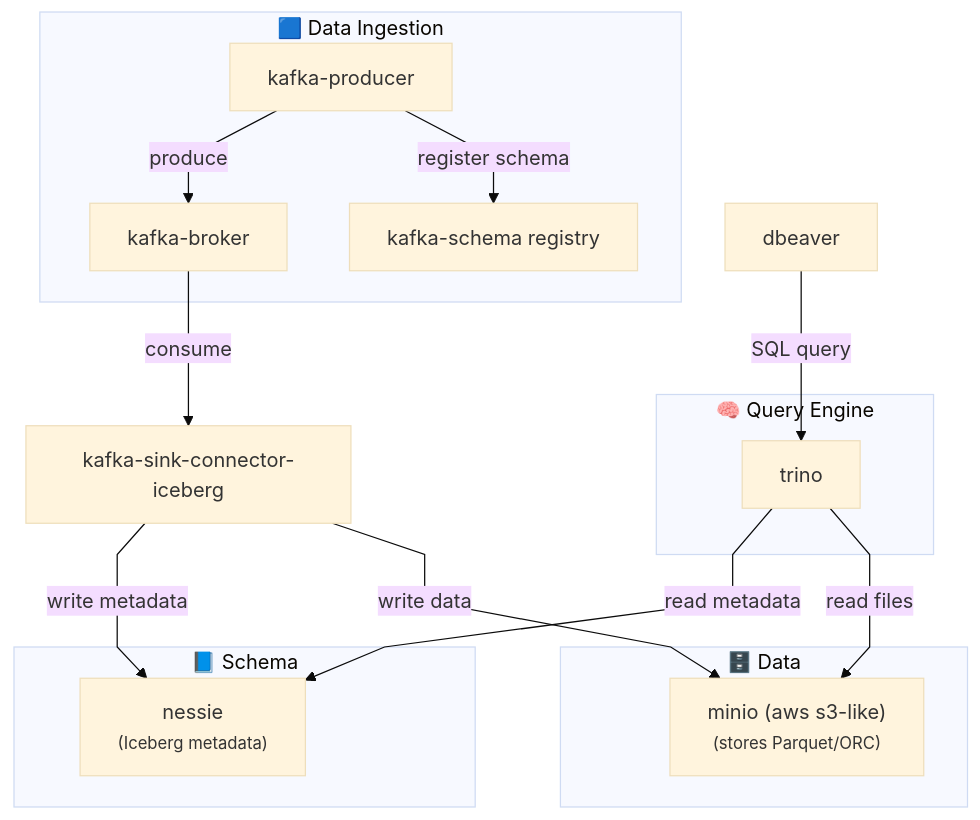
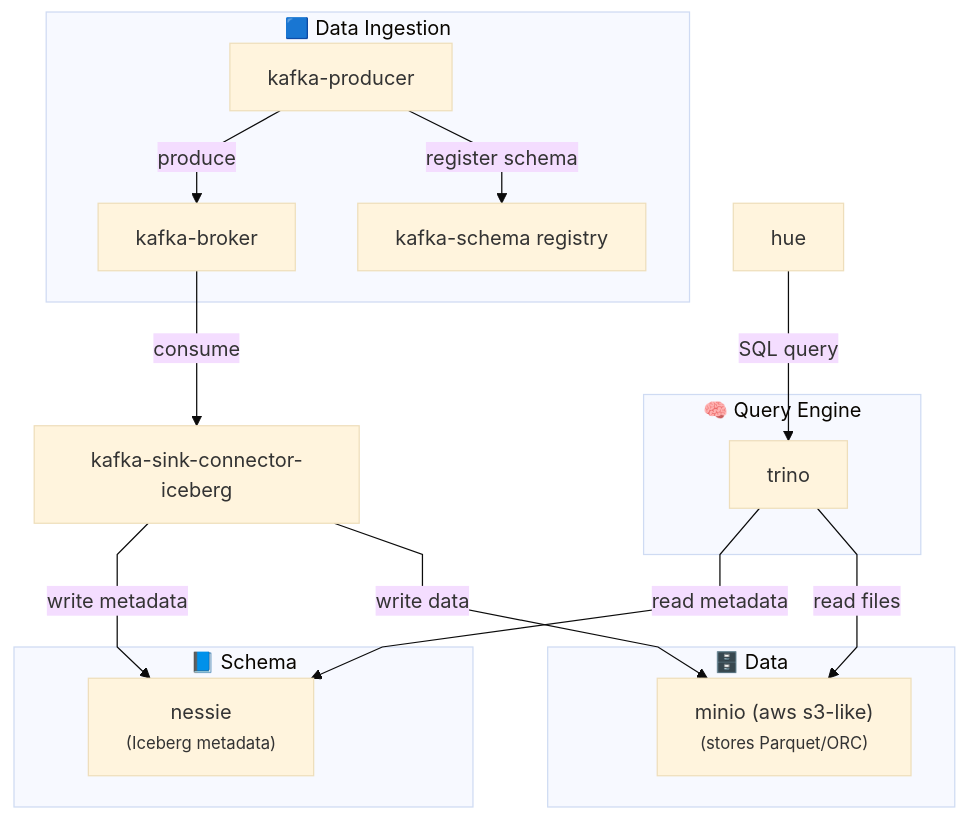
Before and after one commit to jmaycon/playground-kafka-connect-iceberg: the diagram in README.MD, drawn with Mermaid (base theme). The commit also changed other lines of this file and 8 other files, not shown here.

Commit message:
refactor: replace dbeaver by hue

````diff
--- a/README.MD
+++ b/README.MD
@@ -53,47 +48,47 @@
 ```mermaid
 %%{ init: { "flowchart": { "curve": "linear" } } }%%
 flowchart TB
 
 %% 🟦 Data Ingestion
   subgraph "🟦 Data Ingestion"
     A[kafka-producer]
     B[kafka-broker]
     SR[kafka-schema registry]
     A -->|produce| B
     A -->|register schema| SR
   end
 
 %% 🔁 Connector
   C[kafka-sink-connector-iceberg]
   B -->|consume| C
 
 %% 🗄️ Data
   subgraph "🗄️ Data"
     D["minio (aws s3-like)<br><small>(stores Parquet/ORC)</small>"]
   end
 
 %% 📘 Schema
   subgraph "📘 Schema"
     N["nessie<br><small>(Iceberg metadata)</small>"]
   end
 
 %% 🧠 Query
   subgraph "🧠 Query Engine"
     T["trino"]
   end
 
 %% Client
-  H["dbeaver"]
+  H["hue"]
 
 %% Connector output
   C -->|write metadata| N
   C -->|write data| D
   
 
 %% Trino queries
   T -->|read metadata| N
   T -->|read files| D
 
 %% External query
   H -->|SQL query| T
 ```
````
